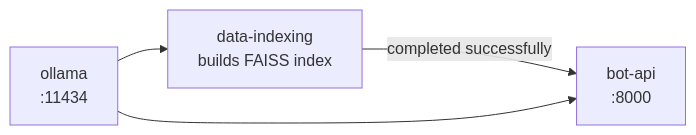
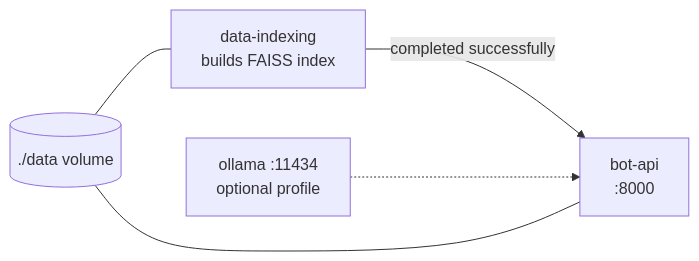
Before and after one commit to Shaheen2504/rag-support-system: the fourth of 4 diagrams in README.md, drawn with Mermaid. The commit also changed other lines of this file and 27 other files, not shown here.

````diff
--- a/README.md
+++ b/README.md
@@ -163,6 +234,7 @@
 ```mermaid
 flowchart LR
-    O[ollama<br/>:11434] --> I[data-indexing<br/>builds FAISS index]
-    I -- completed successfully --> B[bot-api<br/>:8000]
-    O --> B
+    I["data-indexing<br/>builds FAISS index"] -- "completed successfully" --> B["bot-api<br/>:8000"]
+    O["ollama :11434<br/>optional profile"] -.-> B
+    V[("./data volume")] --- I
+    V --- B
 ```
````
